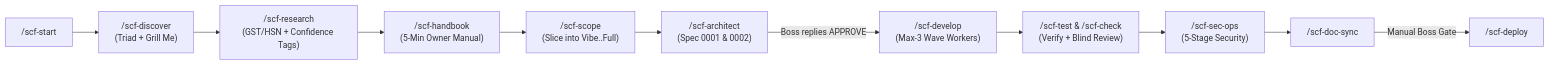
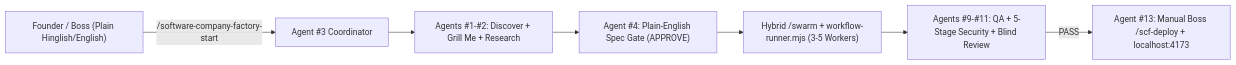
Before and after one commit to aipro831gith/software-company-factory: the diagram in docs/FOUNDER_AND_CLIENT_GUIDE.md, drawn with Mermaid. The commit also changed other lines of this file and 9 other files, not shown here.

````diff
--- a/docs/FOUNDER_AND_CLIENT_GUIDE.md
+++ b/docs/FOUNDER_AND_CLIENT_GUIDE.md
@@ -160,13 +15,9 @@
 ```mermaid
 flowchart LR
-    A1["/scf-start"] --> A2["/scf-discover\n(Triad + Grill Me)"]
-    A2 --> A3["/scf-research\n(GST/HSN + Confidence Tags)"]
-    A3 --> A4["/scf-handbook\n(5-Min Owner Manual)"]
-    A4 --> A5["/scf-scope\n(Slice into Vibe..Full)"]
-    A5 --> A6["/scf-architect\n(Spec 0001 & 0002)"]
-    A6 -->|"Boss replies APPROVE"| A7["/scf-develop\n(Max-3 Wave Workers)"]
-    A7 --> A8["/scf-test & /scf-check\n(Verify + Blind Review)"]
-    A8 --> A9["/scf-sec-ops\n(5-Stage Security)"]
-    A9 --> A10["/scf-doc-sync"]
-    A10 -->|"Manual Boss Gate"| A11["/scf-deploy"]
+  Boss["Founder / Boss (Plain Hinglish/English)"] -->|"/software-company-factory-start"| Coordinator["Agent #3 Coordinator"]
+  Coordinator --> Discovery["Agents #1-#2: Discover + Grill Me + Research"]
+  Discovery --> Architect["Agent #4: Plain-English Spec Gate (APPROVE)"]
+  Architect --> Swarm["Hybrid /swarm + workflow-runner.mjs (3-5 Workers)"]
+  Swarm --> QA["Agents #9-#11: QA + 5-Stage Security + Blind Review"]
+  QA -->|"PASS"| Deploy["Agent #13: Manual Boss /scf-deploy + localhost:4173"]
 ```
````
